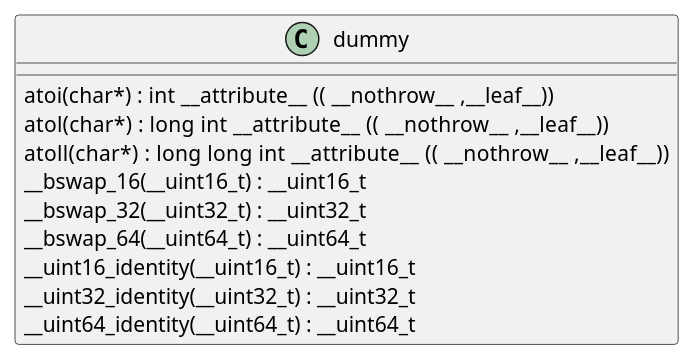
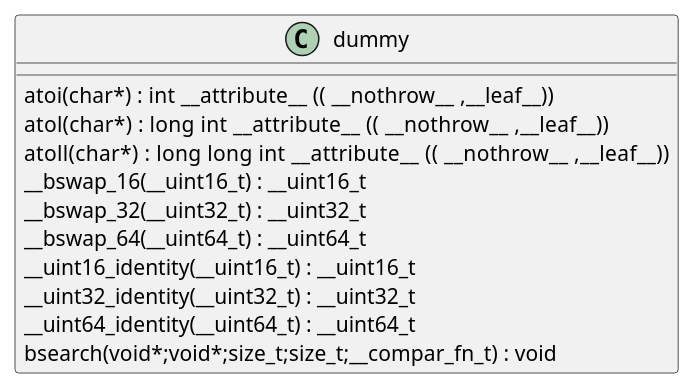
One commit to qualitesys/openssl changed the diagram in docs/qc/providers/implementations/rands/seeding/rand_unix.c.puml. Above: the diagram before and after it, drawn with PlantUML. The commit also changed 5123 other files, not shown here.

```diff
--- a/docs/qc/providers/implementations/rands/seeding/rand_unix.c.puml
+++ b/docs/qc/providers/implementations/rands/seeding/rand_unix.c.puml
@@ -1,14 +1,15 @@
 @startuml
 !pragma layout smetana
 class dummy {
 atoi(char*) :  int  __attribute__ (( __nothrow__ ,__leaf__)) [[[./../../../../.././qc/providers/implementations/rands/seeding/rand_unix.c.html#672]]]
 atol(char*) :  long  int  __attribute__ (( __nothrow__ ,__leaf__)) [[[./../../../../.././qc/providers/implementations/rands/seeding/rand_unix.c.html#677]]]
 atoll(char*) :  long  long  int  __attribute__ (( __nothrow__ ,__leaf__)) [[[./../../../../.././qc/providers/implementations/rands/seeding/rand_unix.c.html#684]]]
 __bswap_16(__uint16_t) : __uint16_t [[[./../../../../.././qc/providers/implementations/rands/seeding/rand_unix.c.html#878]]]
 __bswap_32(__uint32_t) : __uint32_t [[[./../../../../.././qc/providers/implementations/rands/seeding/rand_unix.c.html#893]]]
 __bswap_64(__uint64_t) : __uint64_t [[[./../../../../.././qc/providers/implementations/rands/seeding/rand_unix.c.html#903]]]
 __uint16_identity(__uint16_t) : __uint16_t [[[./../../../../.././qc/providers/implementations/rands/seeding/rand_unix.c.html#915]]]
 __uint32_identity(__uint32_t) : __uint32_t [[[./../../../../.././qc/providers/implementations/rands/seeding/rand_unix.c.html#921]]]
 __uint64_identity(__uint64_t) : __uint64_t [[[./../../../../.././qc/providers/implementations/rands/seeding/rand_unix.c.html#927]]]
+bsearch(void*;void*;size_t;size_t;__compar_fn_t) :  void  [[[./../../../../.././qc/providers/implementations/rands/seeding/rand_unix.c.html#1639]]]
 } 
 @enduml
```
